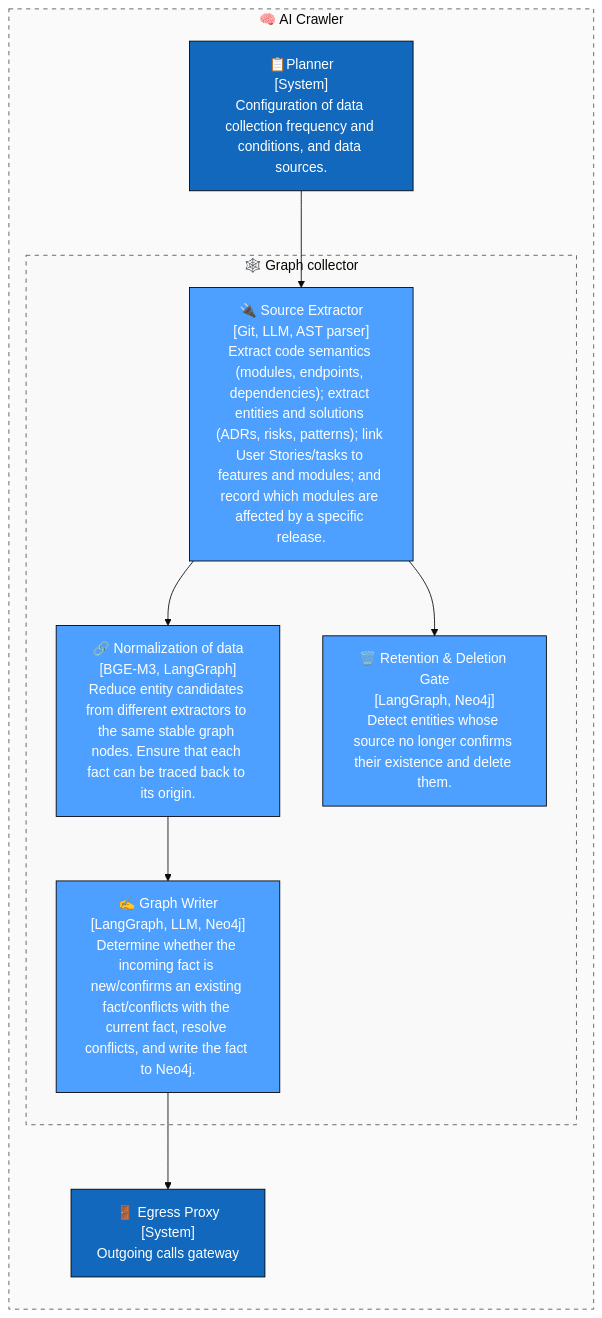
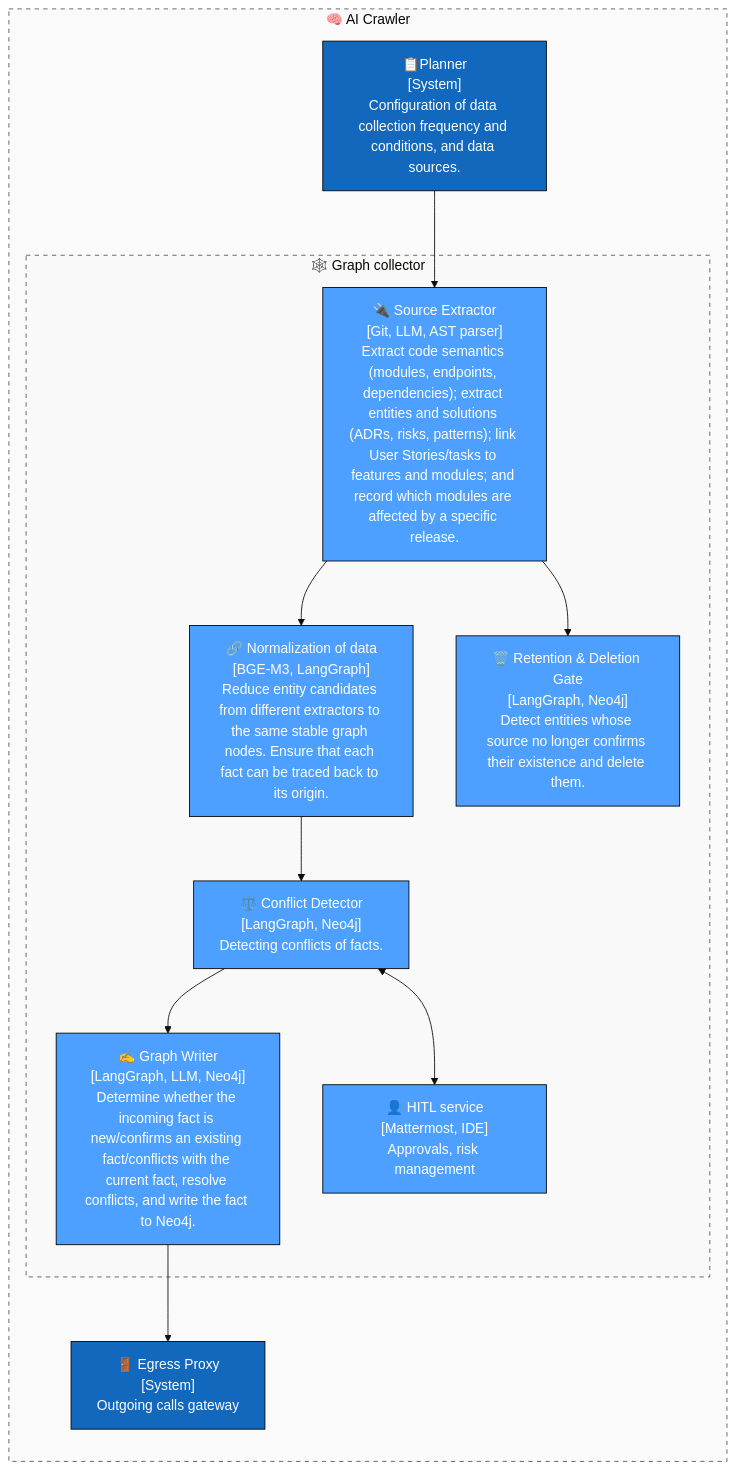
The diagram in c4schemes_crawler/container_graph.mmd (Kir-Za/MAS), drawn with Mermaid (base theme) before and after one commit.

Commit message:
Add hitl into graph container

```diff
--- a/c4schemes_crawler/container_graph.mmd
+++ b/c4schemes_crawler/container_graph.mmd
@@ -1,25 +1,28 @@
 flowchart TD
     classDef actor fill:#08427b,stroke:#000,color:#fff,stroke-width:2px;
     classDef system fill:#1168bd,stroke:#000,color:#fff;
     classDef container fill:#4DA0FF,stroke:#000,color:#fff;
     classDef external fill:#999,stroke:#333,color:#fff;
 
     
 
     subgraph group_internal_0["🧠 AI Crawler"]
         direction TB
         scheduler["📋Planner<br/>[System]<br/>Configuration of data collection frequency and conditions, and data sources."]:::system
         subgraph group_internal_1["🕸️ Graph collector"]
             extractor["🔌 Source Extractor<br/>[Git, LLM, AST parser]<br/>Extract code semantics (modules, endpoints, dependencies); extract entities and solutions (ADRs, risks, patterns); link User Stories/tasks to features and modules; and record which modules are affected by a specific release."]:::container
             normalizer["🔗 Normalization of data<br/>[BGE-M3, LangGraph]<br/>Reduce entity candidates from different extractors to the same stable graph nodes. Ensure that each fact can be traced back to its origin."]:::container
+            conflict_detector["⚖️ Conflict Detector<br/>[LangGraph, Neo4j]<br/>Detecting conflicts of facts."]:::container
+            hitl["👤 HITL service<br/>[Mattermost, IDE]<br/>Approvals, risk management"]:::container
             writer["✍️ Graph Writer<br/>[LangGraph, LLM, Neo4j]<br/>Determine whether the incoming fact is new/confirms an existing fact/conflicts with the current fact, resolve conflicts, and write the fact to Neo4j."]:::container
             retention["🗑️ Retention & Deletion Gate<br/>[LangGraph, Neo4j]<br/>Detect entities whose source no longer confirms their existence and delete them."]:::container
         end
         egress["🚪 Egress Proxy<br/>[System]<br/>Outgoing calls gateway"]:::system
     end
 
-    scheduler --> extractor --> normalizer --> writer --> egress
+    scheduler --> extractor --> normalizer --> conflict_detector --> writer --> egress
+    conflict_detector <--> hitl
     extractor --> retention
 
     style group_internal_0 stroke:#555,stroke-dasharray: 5 5,fill:#f9f9f9,fill-opacity:0.8;
     style group_internal_1 stroke:#555,stroke-dasharray: 5 5,fill:#f9f9f9,fill-opacity:0.8;
```
